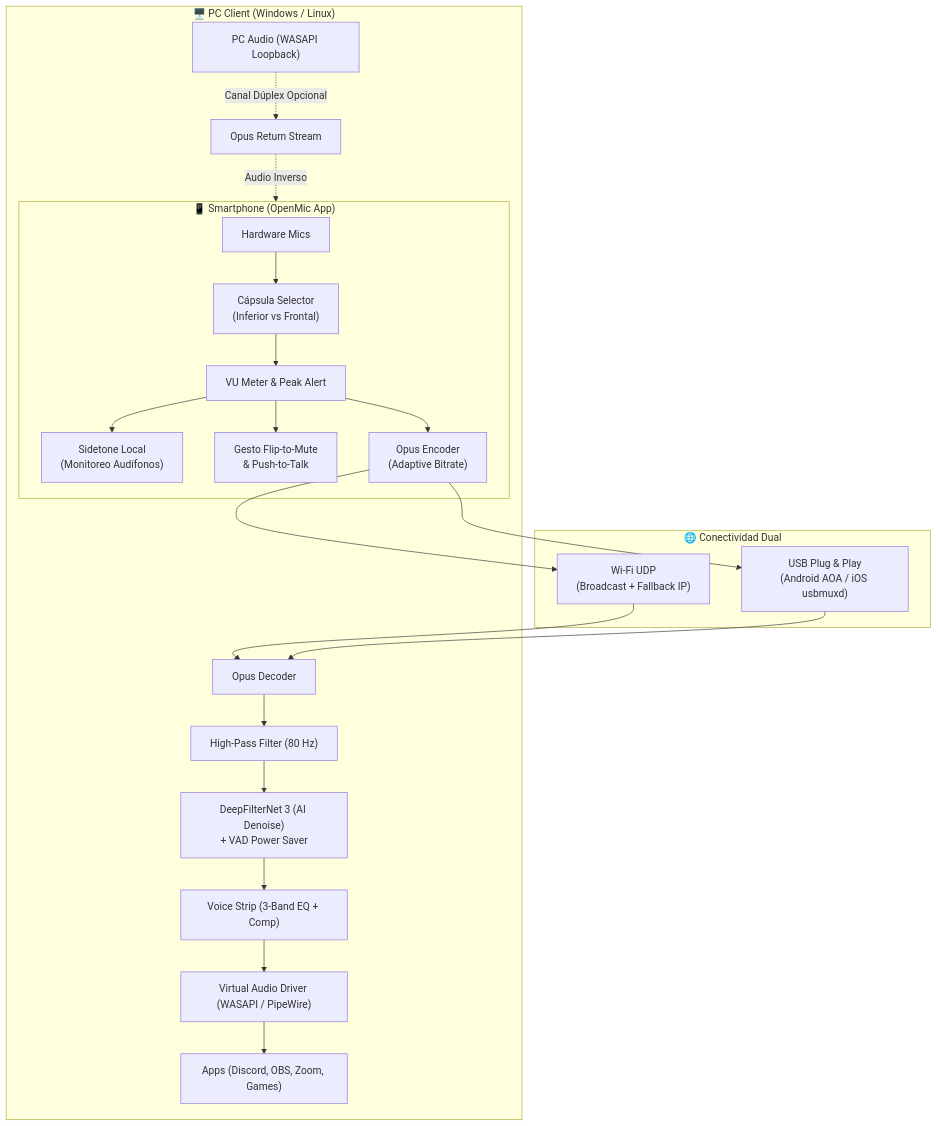
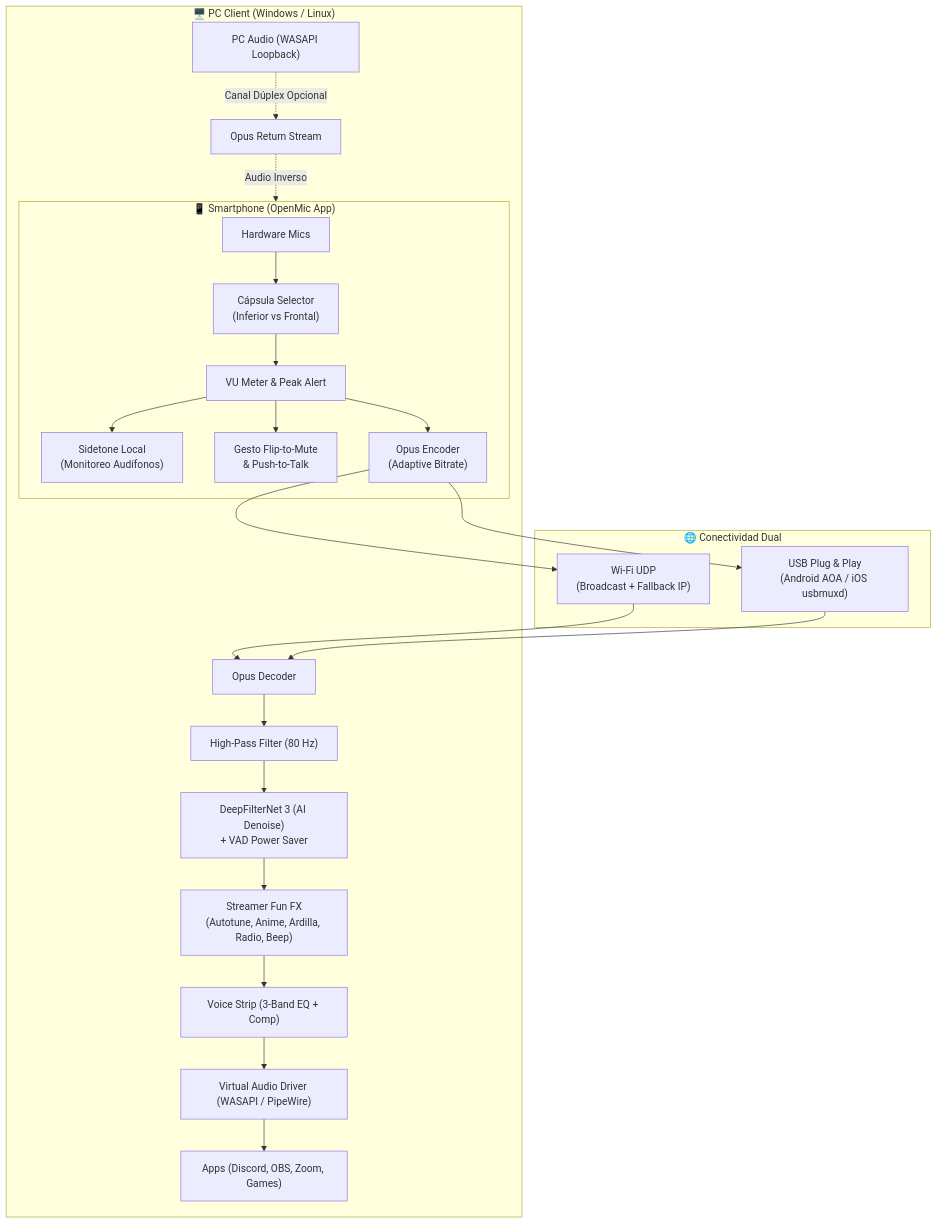
One commit to Blissh/pocketmic changed the first of 2 diagrams in PROPUESTAS_Y_ARQUITECTURA_OPENMIC.md. Above: the diagram before and after it, drawn with Mermaid. The commit also changed other lines of this file and 110 other files, not shown here.

````diff
--- a/PROPUESTAS_Y_ARQUITECTURA_OPENMIC.md
+++ b/PROPUESTAS_Y_ARQUITECTURA_OPENMIC.md
@@ -23,27 +23,28 @@
 ```mermaid
 flowchart TD
     subgraph Smartphone ["📱 Smartphone (OpenMic App)"]
         A["Hardware Mics"] --> B["Cápsula Selector\n(Inferior vs Frontal)"]
         B --> C["VU Meter & Peak Alert"]
         C --> D["Sidetone Local\n(Monitoreo Audífonos)"]
         C --> E["Gesto Flip-to-Mute\n& Push-to-Talk"]
         C --> F["Opus Encoder\n(Adaptive Bitrate)"]
     end
 
     subgraph Transport ["🌐 Conectividad Dual"]
         F --> G["Wi-Fi UDP\n(Broadcast + Fallback IP)"]
         F --> H["USB Plug & Play\n(Android AOA / iOS usbmuxd)"]
     end
 
     subgraph PC ["🖥️ PC Client (Windows / Linux)"]
         G & H --> I["Opus Decoder"]
         I --> J["High-Pass Filter (80 Hz)"]
         J --> K["DeepFilterNet 3 (AI Denoise)\n+ VAD Power Saver"]
-        K --> L["Voice Strip (3-Band EQ + Comp)"]
+        K --> FX["Streamer Fun FX\n(Autotune, Anime, Ardilla, Radio, Beep)"]
+        FX --> L["Voice Strip (3-Band EQ + Comp)"]
         L --> M["Virtual Audio Driver (WASAPI / PipeWire)"]
         M --> N["Apps (Discord, OBS, Zoom, Games)"]
         
         O["PC Audio (WASAPI Loopback)"] -.->|Canal Dúplex Opcional| P["Opus Return Stream"]
         P -.->|Audio Inverso| Smartphone
     end
 ```
````
